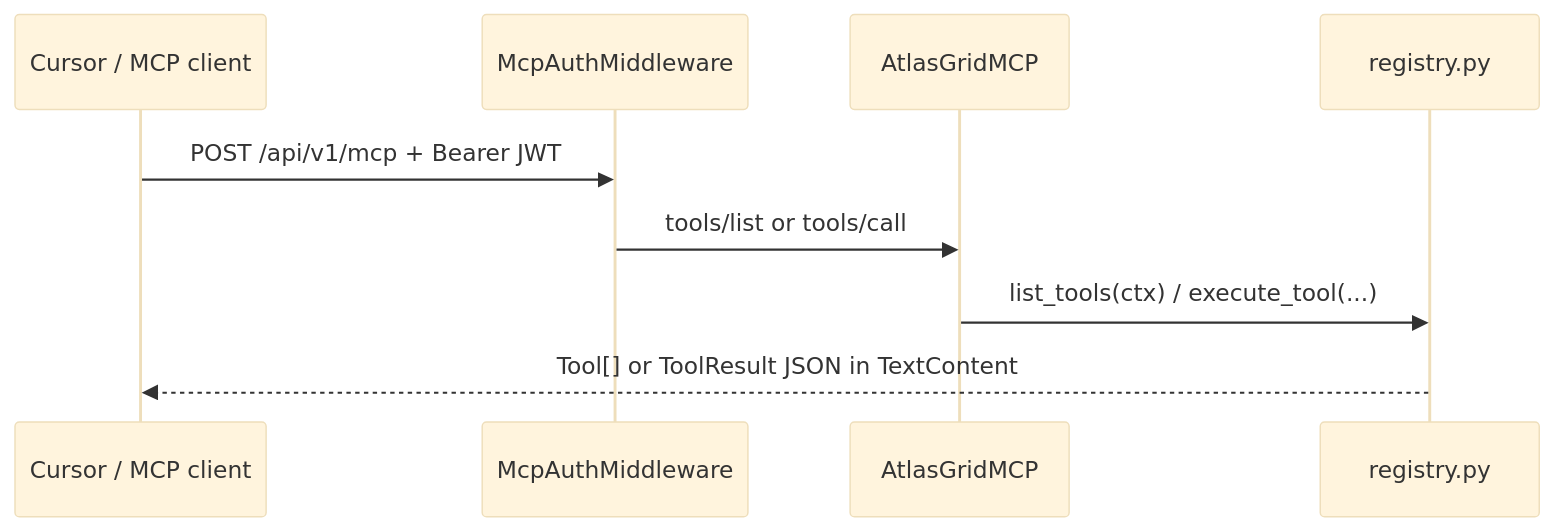
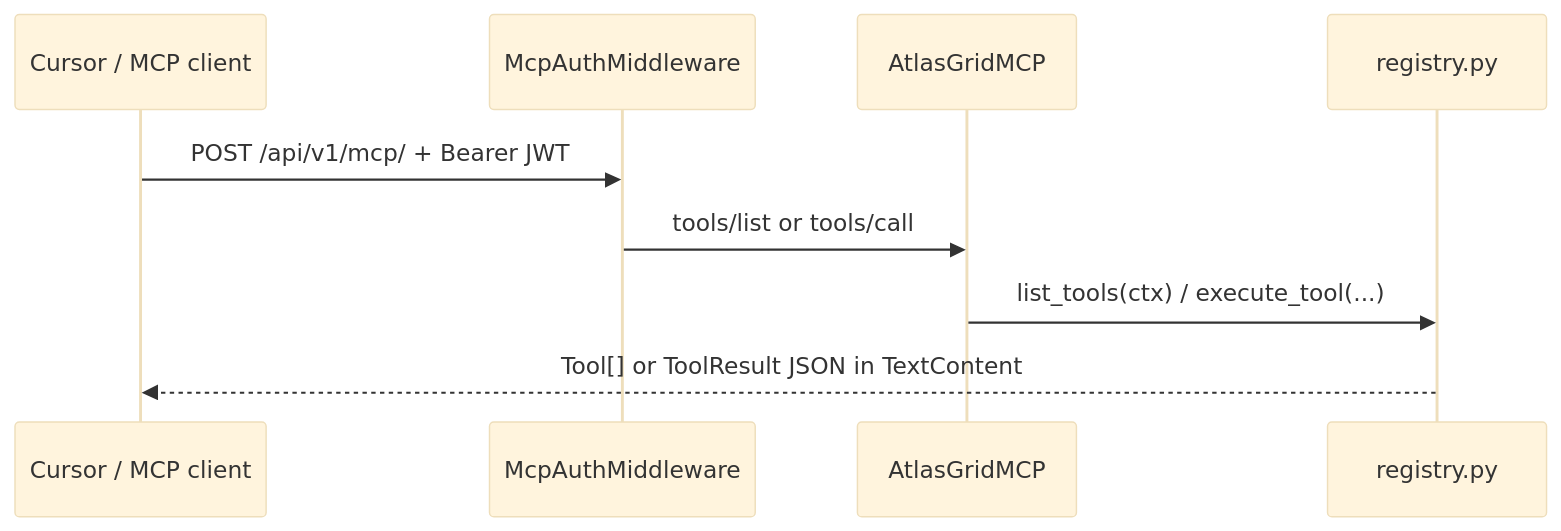
One commit to Mekcuka/Scaning changed the second of 4 diagrams in docs/architecture/assistant.md. Above: the diagram before and after it, drawn with Mermaid (base theme). The commit also changed other lines of this file and 128 other files, not shown here.

````diff
--- a/docs/architecture/assistant.md
+++ b/docs/architecture/assistant.md
@@ -185,12 +192,12 @@
 ```mermaid
 sequenceDiagram
   participant Client as Cursor / MCP client
   participant Auth as McpAuthMiddleware
   participant Bridge as AtlasGridMCP
   participant Reg as registry.py
 
-  Client->>Auth: POST /api/v1/mcp + Bearer JWT
+  Client->>Auth: POST /api/v1/mcp/ + Bearer JWT
   Auth->>Bridge: tools/list or tools/call
   Bridge->>Reg: list_tools(ctx) / execute_tool(...)
   Reg-->>Client: Tool[] or ToolResult JSON in TextContent
 ```
````
